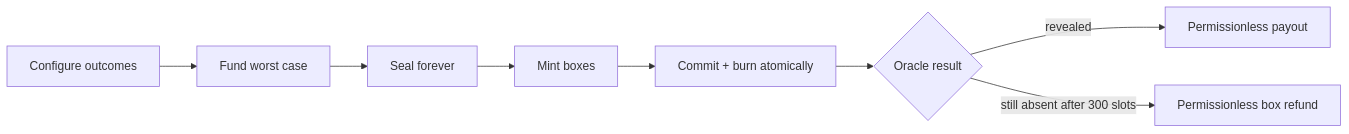
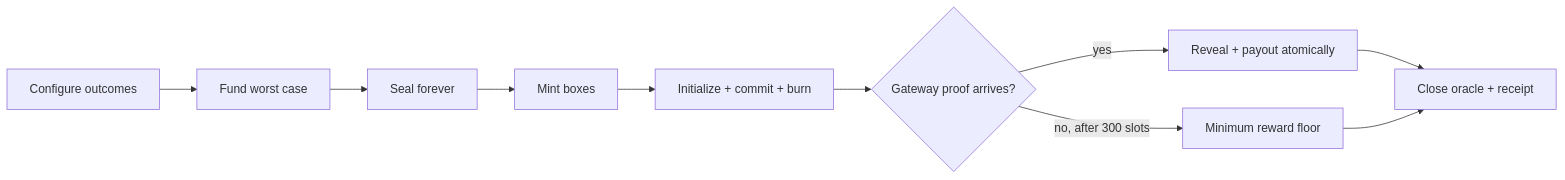
The diagram in README.md (pina-rs/lootbox), drawn with Mermaid before and after one commit. The commit also changed other lines of this file and 29 other files, not shown here.

````diff
--- a/README.md
+++ b/README.md
@@ -22,10 +22,12 @@
 ```mermaid
 flowchart LR
     A[Configure outcomes] --> B[Fund worst case]
     B --> C[Seal forever]
     C --> D[Mint boxes]
-    D --> E[Commit + burn atomically]
-    E --> F{Oracle result}
-    F -->|revealed| G[Permissionless payout]
-    F -->|still absent after 300 slots| H[Permissionless box refund]
+    D --> E[Initialize + commit + burn]
+    E --> F{Gateway proof arrives?}
+    F -->|yes| G[Reveal + payout atomically]
+    F -->|no, after 300 slots| H[Minimum reward floor]
+    G --> I[Close oracle + receipt]
+    H --> I
 ```
````
